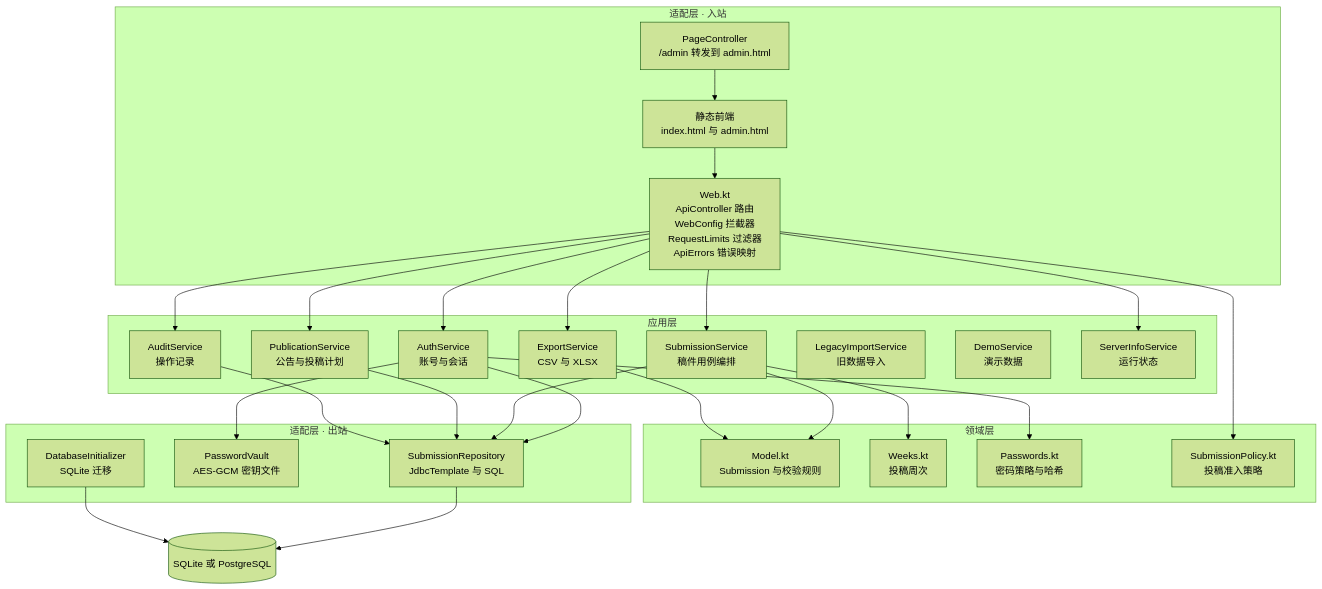
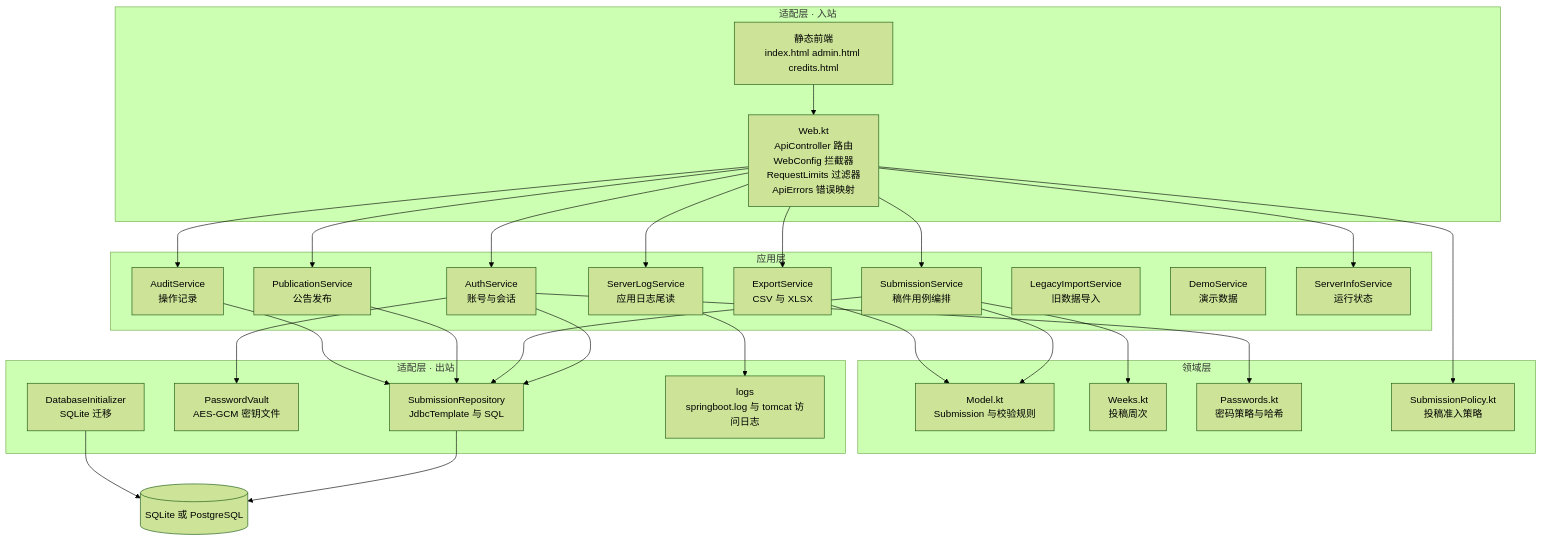
One commit to xHua0904/cczx-RadioStation changed the second of 11 diagrams in README.md. Above: the diagram before and after it, drawn with Mermaid (forest theme). The commit also changed other lines of this file and 36 other files, not shown here.

````diff
--- a/README.md
+++ b/README.md
@@ -104,51 +109,53 @@
 ```mermaid
 flowchart TB
     subgraph IN["适配层 · 入站"]
-        UI["静态前端<br/>index.html 与 admin.html"]
+        UI["静态前端<br/>index.html admin.html credits.html"]
         WEB["Web.kt<br/>ApiController 路由<br/>WebConfig 拦截器<br/>RequestLimits 过滤器<br/>ApiErrors 错误映射"]
-        PAGE["PageController<br/>/admin 转发到 admin.html"]
     end
     subgraph APP["应用层"]
         SS["SubmissionService<br/>稿件用例编排"]
         AS["AuthService<br/>账号与会话"]
-        PS["PublicationService<br/>公告与投稿计划"]
+        PS["PublicationService<br/>公告发布"]
         AUS["AuditService<br/>操作记录"]
         EX["ExportService<br/>CSV 与 XLSX"]
-        LS["LegacyImportService<br/>旧数据导入"]
+        LS["ServerLogService<br/>应用日志尾读"]
+        LI["LegacyImportService<br/>旧数据导入"]
         DM["DemoService<br/>演示数据"]
         SI["ServerInfoService<br/>运行状态"]
     end
     subgraph DOM["领域层"]
         MD["Model.kt<br/>Submission 与校验规则"]
         WK["Weeks.kt<br/>投稿周次"]
         PW["Passwords.kt<br/>密码策略与哈希"]
         SP["SubmissionPolicy.kt<br/>投稿准入策略"]
     end
     subgraph OUT["适配层 · 出站"]
         REPO["SubmissionRepository<br/>JdbcTemplate 与 SQL"]
         VAULT["PasswordVault<br/>AES-GCM 密钥文件"]
         DBI["DatabaseInitializer<br/>SQLite 迁移"]
+        LOGS["logs<br/>springboot.log 与 tomcat 访问日志"]
     end
     DB[("SQLite 或 PostgreSQL")]
 
     UI --> WEB
-    PAGE --> UI
     WEB --> SS
     WEB --> AS
     WEB --> PS
     WEB --> AUS
     WEB --> EX
     WEB --> SI
+    WEB --> LS
     WEB --> SP
     SS --> MD
     SS --> WK
     AS --> PW
     AS --> VAULT
     AS --> REPO
     SS --> REPO
     PS --> REPO
     AUS --> REPO
     EX --> MD
+    LS --> LOGS
     REPO --> DB
     DBI --> DB
 ```
````
